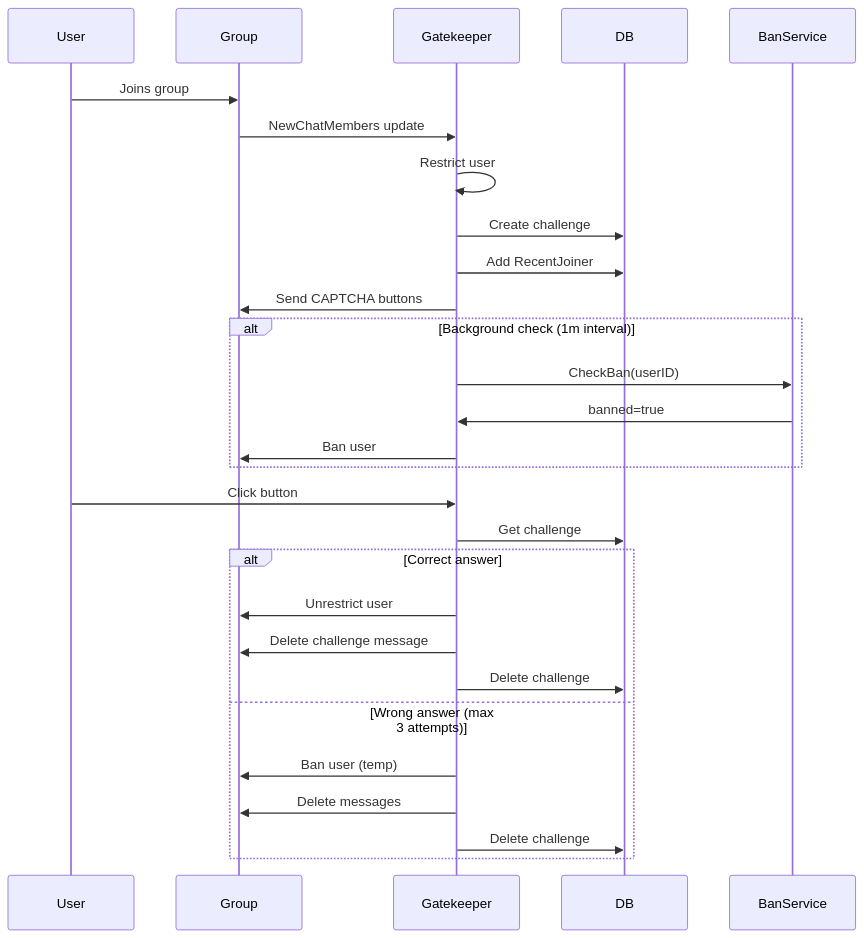
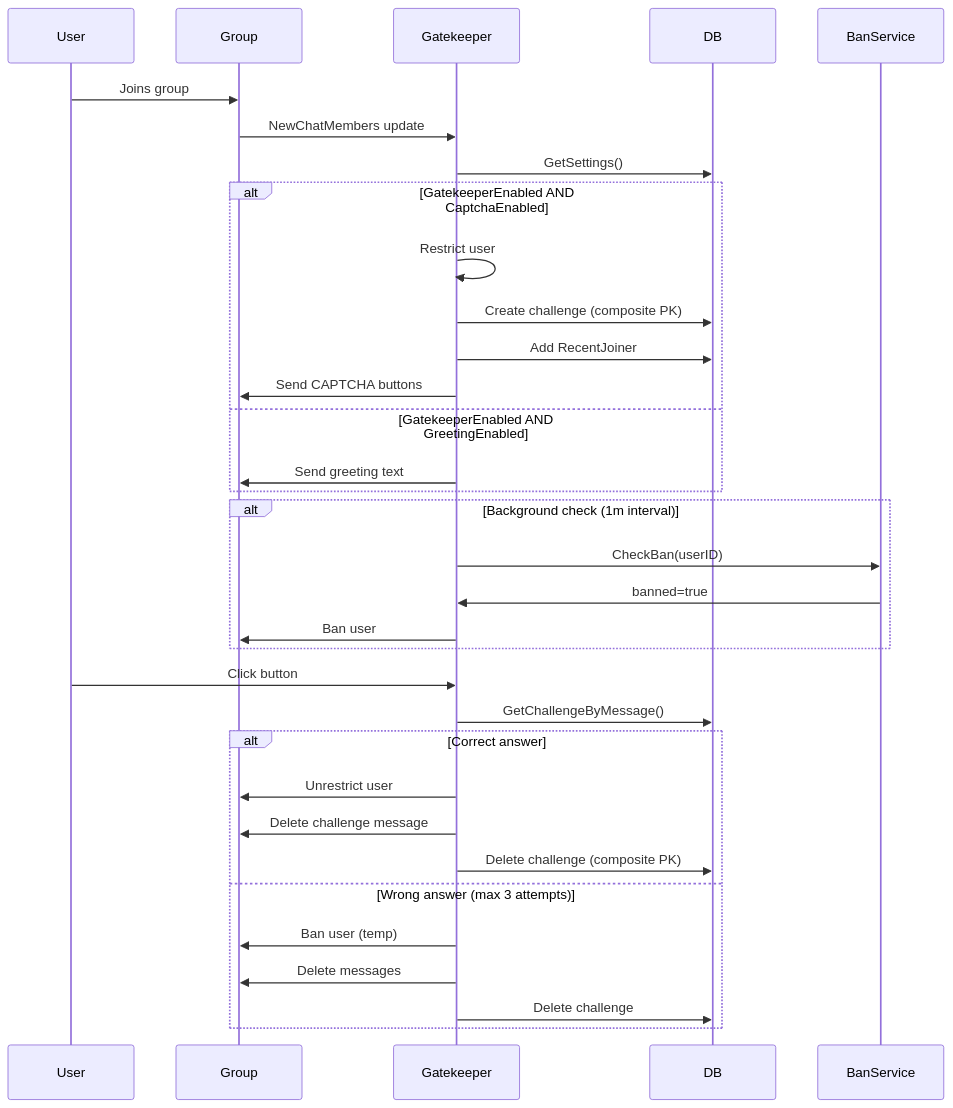
Before and after one commit to iamwavecut/ngbot: the third of 5 diagrams in docs/CODEBASE_MAP.md, drawn with Mermaid. The commit also changed other lines of this file and 27 other files, not shown here.

Commit message:
feat: enhance gatekeeper functionality in admin panel; add settings for CAPTCHA options and greeting text, and improve challenge management

````diff
--- a/docs/CODEBASE_MAP.md
+++ b/docs/CODEBASE_MAP.md
@@ -397,34 +419,40 @@
 ```mermaid
 sequenceDiagram
     participant User
     participant Group
     participant Gatekeeper
     participant DB
     participant BanService
 
     User->>Group: Joins group
     Group->>Gatekeeper: NewChatMembers update
-    Gatekeeper->>Gatekeeper: Restrict user
-    Gatekeeper->>DB: Create challenge
-    Gatekeeper->>DB: Add RecentJoiner
-    Gatekeeper->>Group: Send CAPTCHA buttons
+    Gatekeeper->>DB: GetSettings()
+
+    alt GatekeeperEnabled AND CaptchaEnabled
+        Gatekeeper->>Gatekeeper: Restrict user
+        Gatekeeper->>DB: Create challenge (composite PK)
+        Gatekeeper->>DB: Add RecentJoiner
+        Gatekeeper->>Group: Send CAPTCHA buttons
+    else GatekeeperEnabled AND GreetingEnabled
+        Gatekeeper->>Group: Send greeting text
+    end
 
     alt Background check (1m interval)
         Gatekeeper->>BanService: CheckBan(userID)
         BanService->>Gatekeeper: banned=true
         Gatekeeper->>Group: Ban user
     end
 
     User->>Gatekeeper: Click button
-    Gatekeeper->>DB: Get challenge
+    Gatekeeper->>DB: GetChallengeByMessage()
 
     alt Correct answer
         Gatekeeper->>Group: Unrestrict user
         Gatekeeper->>Group: Delete challenge message
-        Gatekeeper->>DB: Delete challenge
+        Gatekeeper->>DB: Delete challenge (composite PK)
     else Wrong answer (max 3 attempts)
         Gatekeeper->>Group: Ban user (temp)
         Gatekeeper->>Group: Delete messages
         Gatekeeper->>DB: Delete challenge
     end
 ```
````
